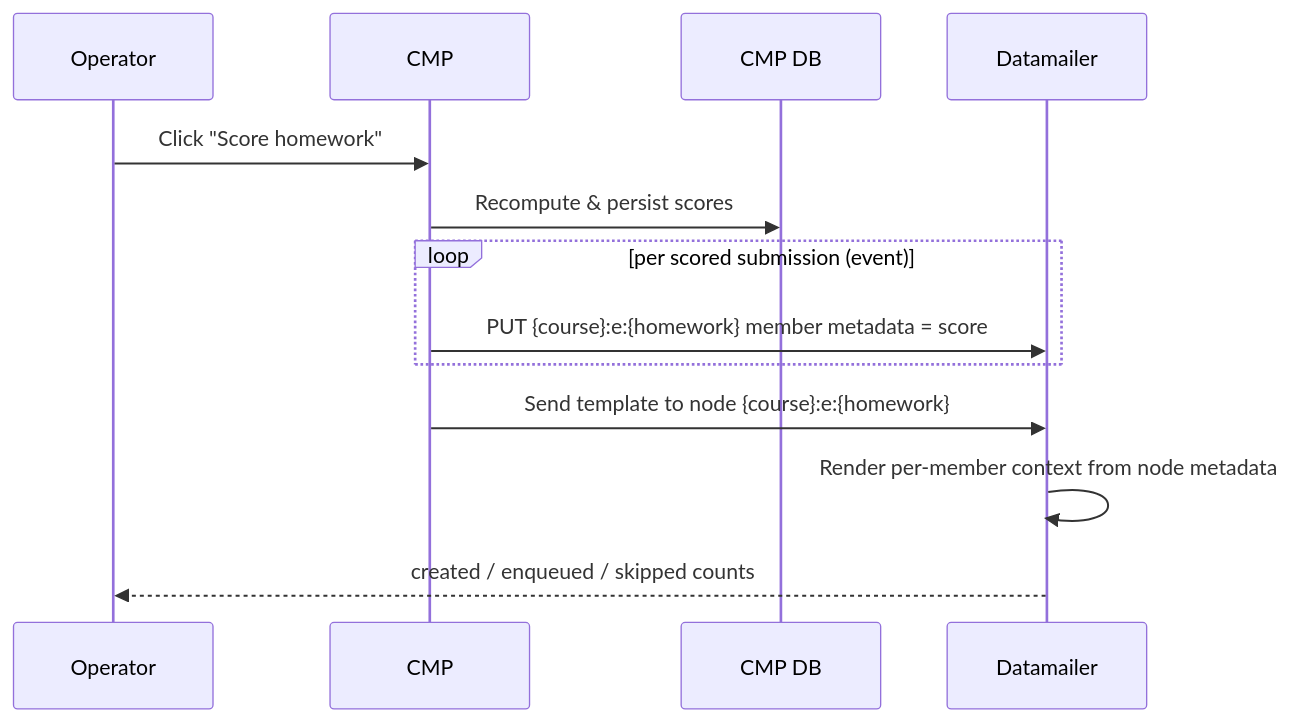
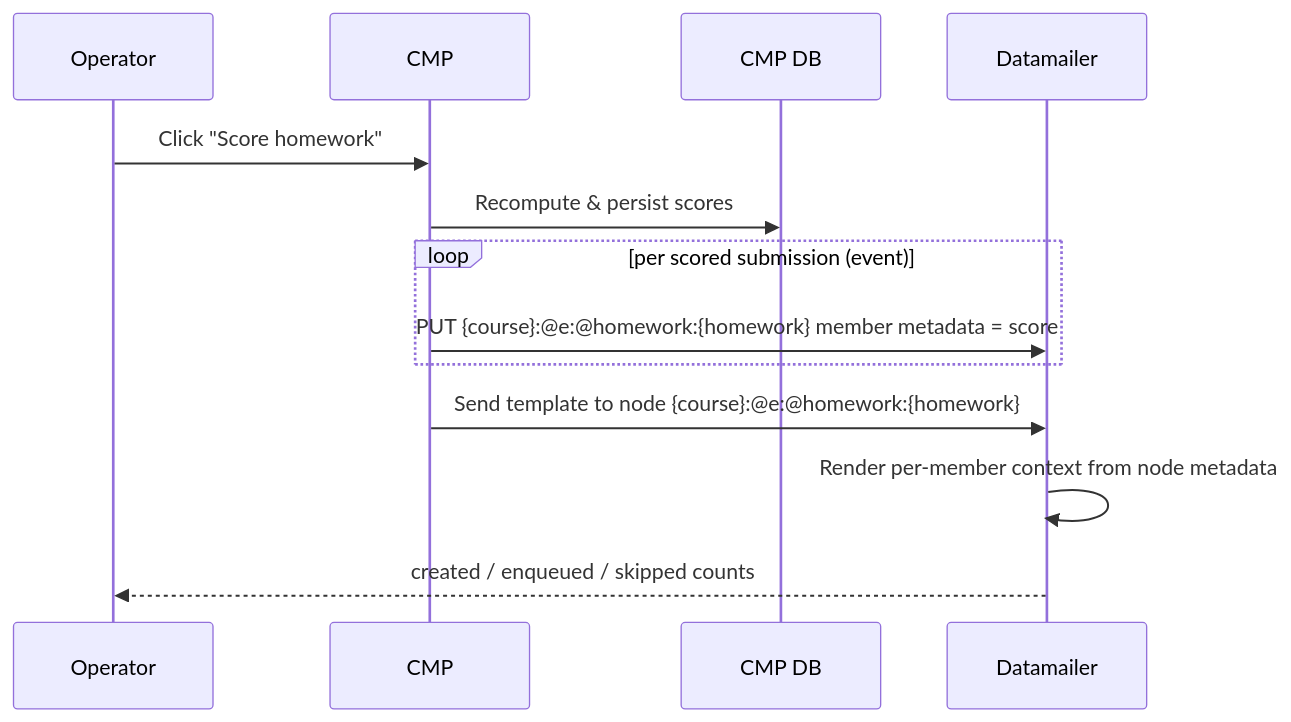
Before and after one commit to DataTalksClub/course-management-platform: the tenth of 17 diagrams in docs/datamailer-integration.md, drawn with Mermaid. The commit also changed other lines of this file and 1 other file, not shown here.

````diff
--- a/docs/datamailer-integration.md
+++ b/docs/datamailer-integration.md
@@ -530,16 +566,16 @@
 ```mermaid
 sequenceDiagram
     participant Operator
     participant CMP
     participant DB as CMP DB
     participant DM as Datamailer
 
     Operator->>CMP: Click "Score homework"
     CMP->>DB: Recompute & persist scores
     loop per scored submission (event)
-        CMP->>DM: PUT {course}:e:{homework} member metadata = score
+        CMP->>DM: PUT {course}:@e:@homework:{homework} member metadata = score
     end
-    CMP->>DM: Send template to node {course}:e:{homework}
+    CMP->>DM: Send template to node {course}:@e:@homework:{homework}
     DM->>DM: Render per-member context from node metadata
     DM-->>Operator: created / enqueued / skipped counts
 ```
````
